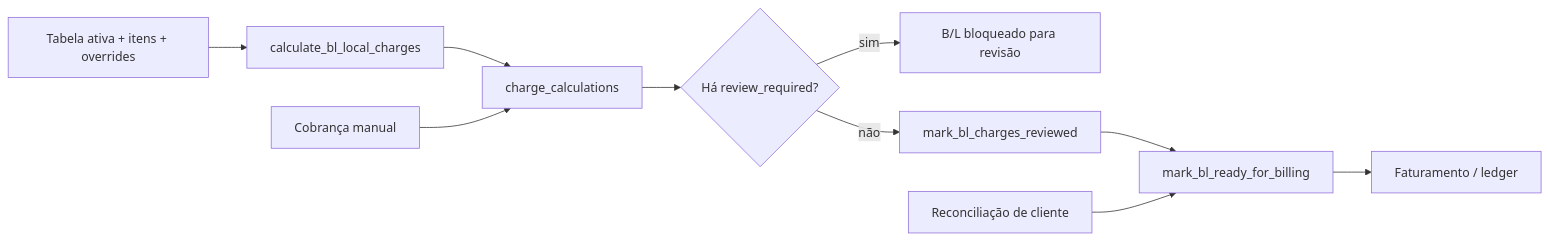
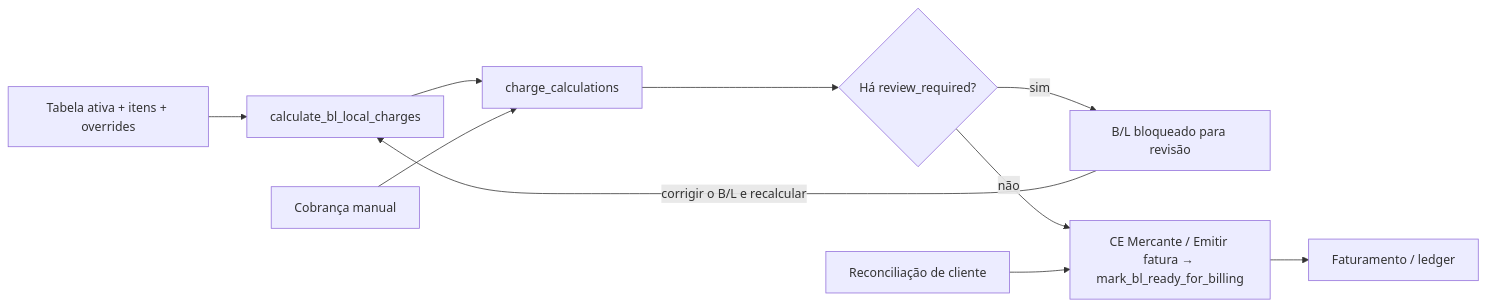
One commit to luccafwlog/vela changed the diagram in docs/modules/taxas-locais.md. Above: the diagram before and after it, drawn with Mermaid. The commit also changed other lines of this file and 86 other files, not shown here.

````diff
--- a/docs/modules/taxas-locais.md
+++ b/docs/modules/taxas-locais.md
@@ -223,12 +232,12 @@
 ```mermaid
 flowchart LR
     Config["Tabela ativa + itens + overrides"] --> Calc["calculate_bl_local_charges"]
     Calc --> Lines["charge_calculations"]
     Lines --> Review{"Há review_required?"}
     Review -->|sim| Hold["B/L bloqueado para revisão"]
-    Review -->|não| Reviewed["mark_bl_charges_reviewed"]
-    Reviewed --> Ready["mark_bl_ready_for_billing"]
+    Hold -->|"corrigir o B/L e recalcular"| Calc
+    Review -->|não| Ready["CE Mercante / Emitir fatura → mark_bl_ready_for_billing"]
     Ready --> Billing["Faturamento / ledger"]
     Manual["Cobrança manual"] --> Lines
     Reconcile["Reconciliação de cliente"] --> Ready
 ```
````
